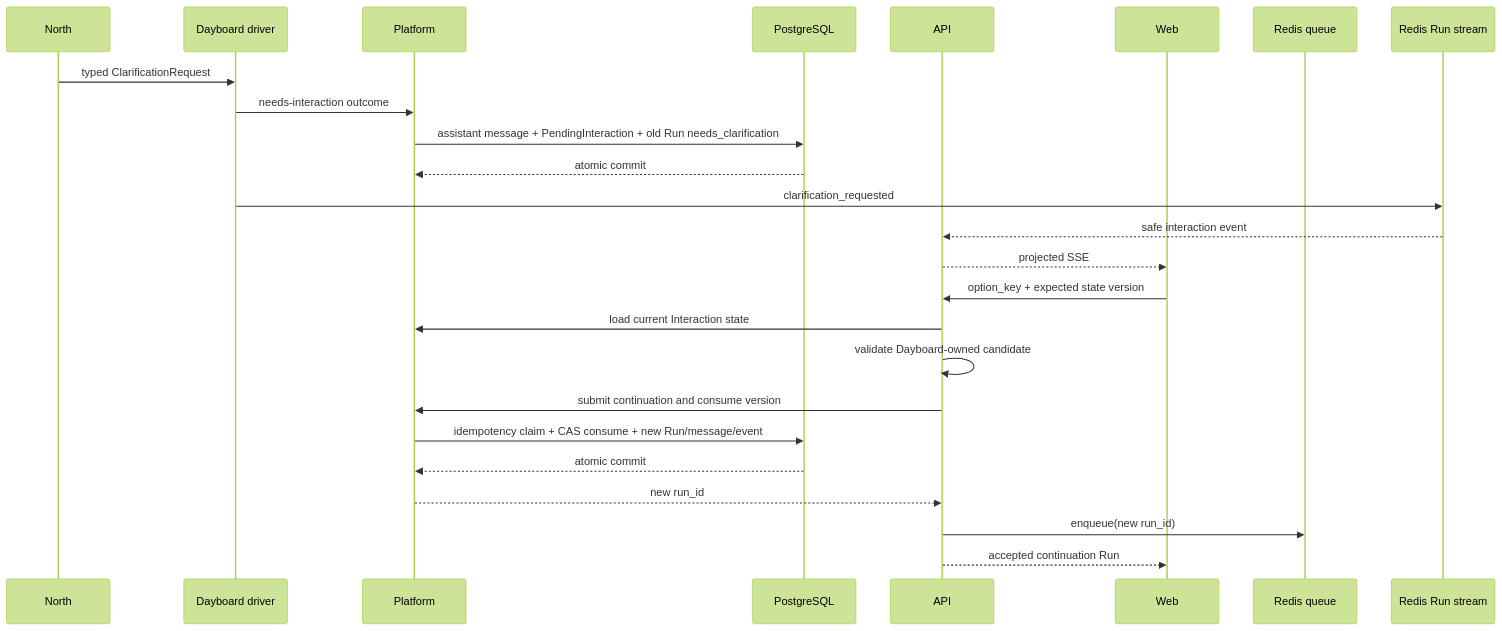
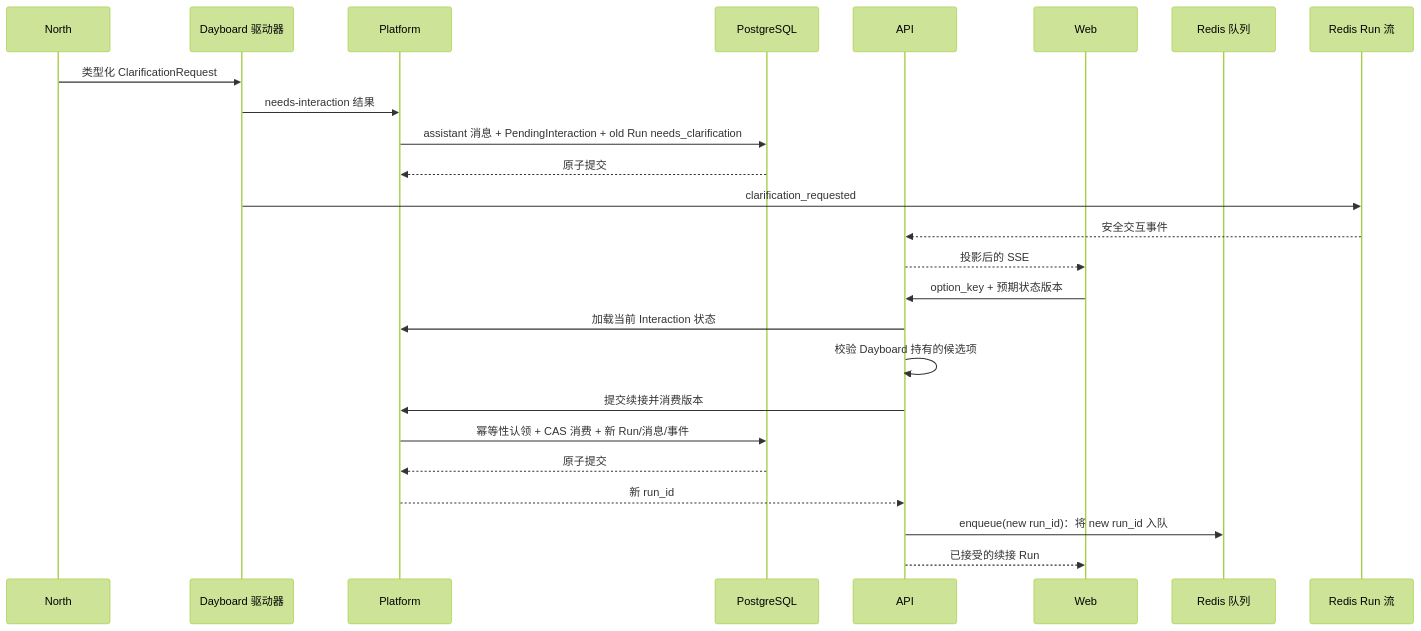
The second of 2 diagrams in docs/current/run-lifecycle.md (Notryag/dayboard), drawn with Mermaid (forest theme) before and after one commit. The commit also changed other lines of this file and 54 other files, not shown here.

````diff
--- a/docs/current/run-lifecycle.md
+++ b/docs/current/run-lifecycle.md
@@ -243,29 +182,29 @@
 ```mermaid
 sequenceDiagram
     participant North
-    participant Driver as Dayboard driver
+    participant Driver as Dayboard 驱动器
     participant Platform
     participant PG as PostgreSQL
     participant API
     participant Web
-    participant Queue as Redis queue
-    participant Stream as Redis Run stream
+    participant Queue as Redis 队列
+    participant Stream as Redis Run 流
 
-    North->>Driver: typed ClarificationRequest
-    Driver->>Platform: needs-interaction outcome
-    Platform->>PG: assistant message + PendingInteraction + old Run needs_clarification
-    PG-->>Platform: atomic commit
+    North->>Driver: 类型化 ClarificationRequest
+    Driver->>Platform: needs-interaction 结果
+    Platform->>PG: assistant 消息 + PendingInteraction + old Run needs_clarification
+    PG-->>Platform: 原子提交
     Driver->>Stream: clarification_requested
-    Stream-->>API: safe interaction event
-    API-->>Web: projected SSE
+    Stream-->>API: 安全交互事件
+    API-->>Web: 投影后的 SSE
 
-    Web->>API: option_key + expected state version
-    API->>Platform: load current Interaction state
-    API->>API: validate Dayboard-owned candidate
-    API->>Platform: submit continuation and consume version
-    Platform->>PG: idempotency claim + CAS consume + new Run/message/event
-    PG-->>Platform: atomic commit
-    Platform-->>API: new run_id
-    API->>Queue: enqueue(new run_id)
-    API-->>Web: accepted continuation Run
+    Web->>API: option_key + 预期状态版本
+    API->>Platform: 加载当前 Interaction 状态
+    API->>API: 校验 Dayboard 持有的候选项
+    API->>Platform: 提交续接并消费版本
+    Platform->>PG: 幂等性认领 + CAS 消费 + 新 Run/消息/事件
+    PG-->>Platform: 原子提交
+    Platform-->>API: 新 run_id
+    API->>Queue: enqueue(new run_id)：将 new run_id 入队
+    API-->>Web: 已接受的续接 Run
 ```
````
